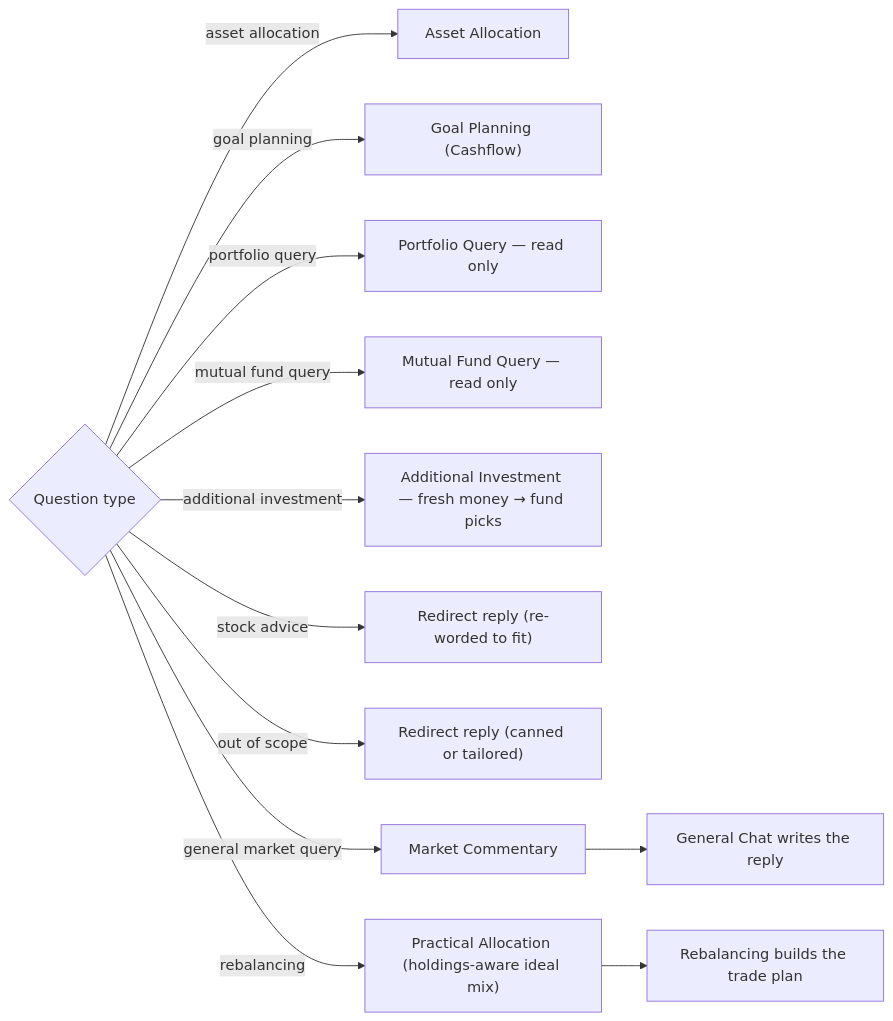
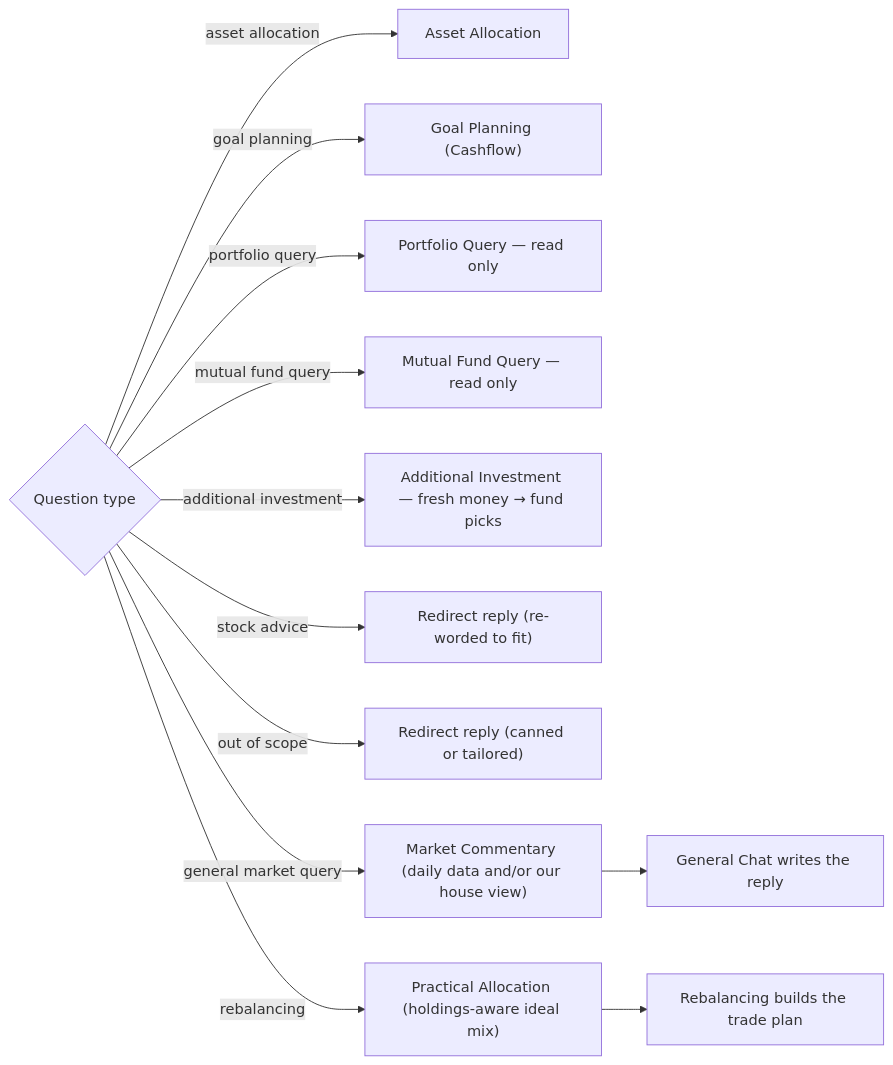
One commit to tilly5317-lab/Prozpr_Backend changed the second of 5 diagrams in AI_Agents/Reference_docs/Tech_reference_docs/CHAT_FLOW.md. Above: the diagram before and after it, drawn with Mermaid. The commit also changed other lines of this file and 23 other files, not shown here.

````diff
--- a/AI_Agents/Reference_docs/Tech_reference_docs/CHAT_FLOW.md
+++ b/AI_Agents/Reference_docs/Tech_reference_docs/CHAT_FLOW.md
@@ -84,15 +90,15 @@
 ```mermaid
 flowchart LR
     IC{"Question type"}
 
     IC -->|asset allocation| F1["Asset Allocation"]
     IC -->|goal planning| F2["Goal Planning (Cashflow)"]
     IC -->|portfolio query| F3["Portfolio Query — read only"]
     IC -->|mutual fund query| F7["Mutual Fund Query — read only"]
     IC -->|additional investment| F6["Additional Investment — fresh money → fund picks"]
     IC -->|stock advice| F4["Redirect reply (re-worded to fit)"]
     IC -->|out of scope| F5["Redirect reply (canned or tailored)"]
 
-    IC -->|general market query| M1["Market Commentary"] --> M2["General Chat writes the reply"]
+    IC -->|general market query| M1["Market Commentary (daily data and/or our house view)"] --> M2["General Chat writes the reply"]
     IC -->|rebalancing| R1["Practical Allocation (holdings-aware ideal mix)"] --> R2["Rebalancing builds the trade plan"]
 ```
````
